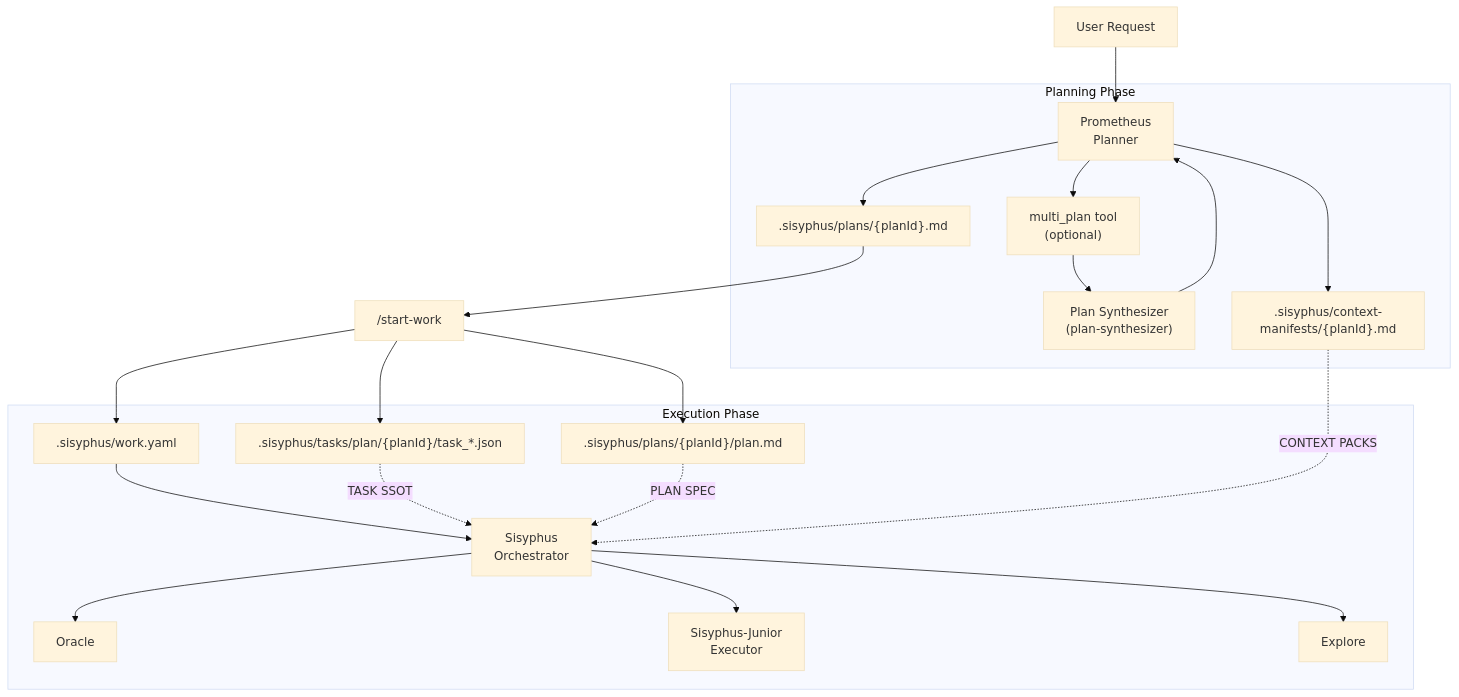
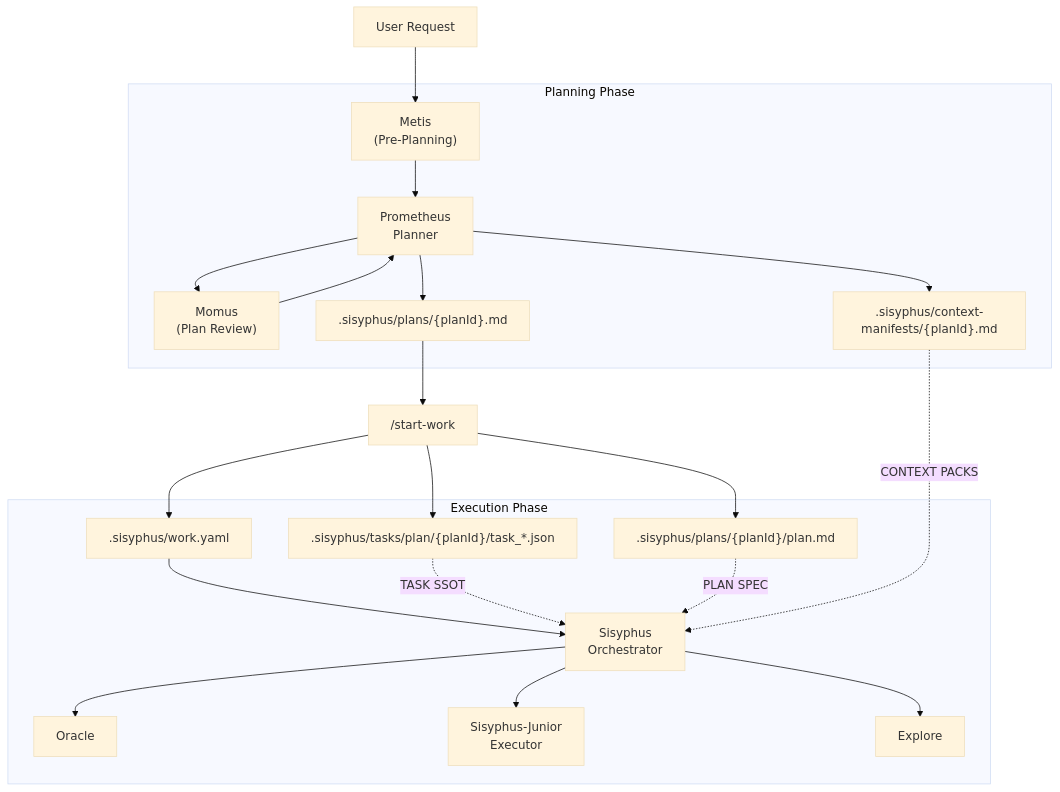
The second of 2 diagrams in docs/guide/orchestration.md (arcthur/oh-my-opencode), drawn with Mermaid (base theme) before and after one commit. The commit also changed other lines of this file and 79 other files, not shown here.

First line of the commit message:
feat(prometheus): integrate Metis/Momus into planning pipeline with BRAINSTORMING_MODE

````diff
--- a/docs/guide/orchestration.md
+++ b/docs/guide/orchestration.md
@@ -41,27 +41,27 @@
 ```mermaid
 flowchart TD
-    User[User Request] --> Prometheus
+    User[User Request] --> Metis
 
     subgraph Planning Phase
-        Prometheus["Prometheus<br>Planner"] --> MultiPlan["multi_plan tool<br>(optional)"]
-        MultiPlan --> Synth["Plan Synthesizer<br>(plan-synthesizer)"]
-        Synth --> Prometheus
+        Metis["Metis<br>(Pre-Planning)"] --> Prometheus["Prometheus<br>Planner"]
+        Prometheus --> Momus["Momus<br>(Plan Review)"]
+        Momus --> Prometheus
         Prometheus --> PlanDraft[".sisyphus/plans/{planId}.md"]
         Prometheus --> ManifestFile[".sisyphus/context-manifests/{planId}.md"]
     end
 
     PlanDraft --> StartWork["/start-work"]
     StartWork --> WorkState[".sisyphus/work.yaml"]
     StartWork --> ExecPlan[".sisyphus/plans/{planId}/plan.md"]
     StartWork --> TaskGraph[".sisyphus/tasks/plan/{planId}/task_*.json"]
 
     subgraph Execution Phase
         WorkState --> Sisyphus[Sisyphus<br>Orchestrator]
         TaskGraph -.-> |"TASK SSOT"| Sisyphus
         ExecPlan -.-> |"PLAN SPEC"| Sisyphus
         ManifestFile -.-> |"CONTEXT PACKS"| Sisyphus
         Sisyphus --> Oracle[Oracle]
         Sisyphus --> Junior["Sisyphus-Junior<br>Executor"]
         Sisyphus --> Explore[Explore]
     end
 ```
````
